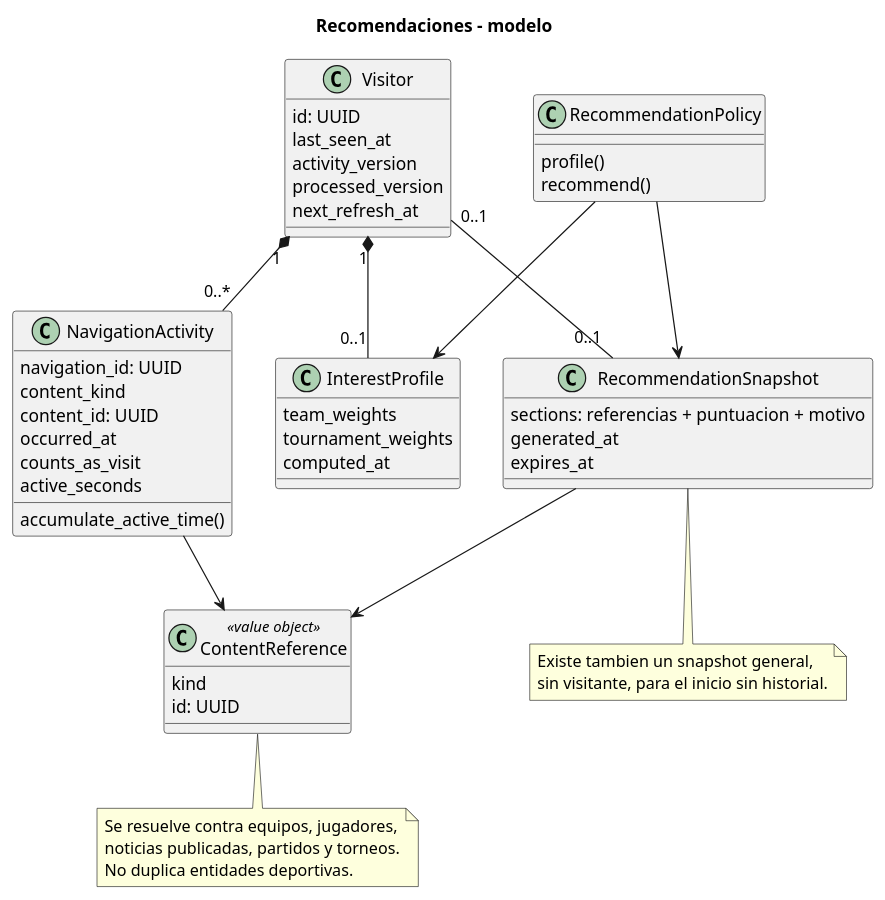
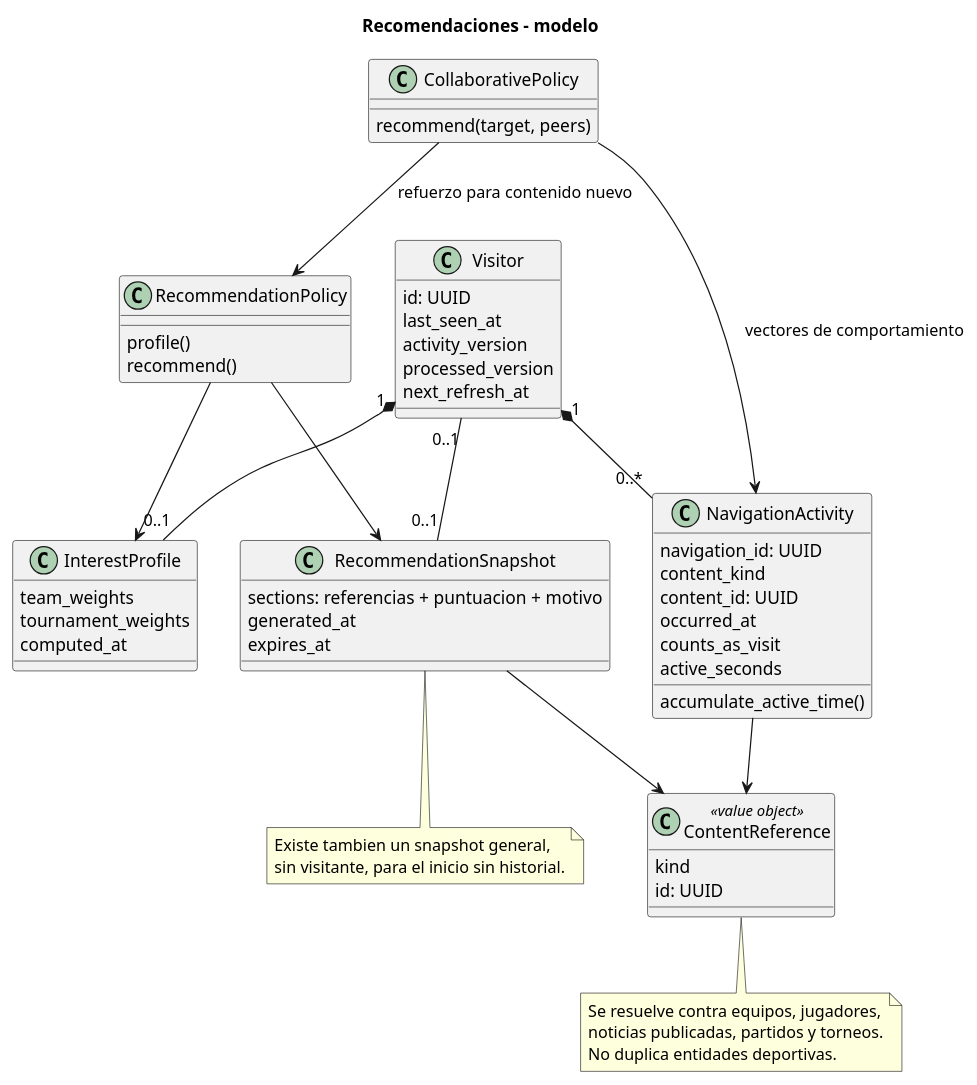
The diagram in docs/diagrams/domain/recommendations.puml (JaredDet/Match-Day), drawn with PlantUML before and after one commit. The commit also changed 15 other files, not shown here.

```diff
--- a/docs/diagrams/domain/recommendations.puml
+++ b/docs/diagrams/domain/recommendations.puml
@@ -1,53 +1,58 @@
 @startuml RecommendationsDomain
 title Recomendaciones - modelo
 class Visitor {
   id: UUID
   last_seen_at
   activity_version
   processed_version
   next_refresh_at
 }
 class NavigationActivity {
   navigation_id: UUID
   content_kind
   content_id: UUID
   occurred_at
   counts_as_visit
   active_seconds
   accumulate_active_time()
 }
 class ContentReference <<value object>> {
   kind
   id: UUID
 }
 class InterestProfile {
   team_weights
   tournament_weights
   computed_at
 }
 class RecommendationSnapshot {
   sections: referencias + puntuacion + motivo
   generated_at
   expires_at
 }
 class RecommendationPolicy {
   profile()
   recommend()
 }
 Visitor "1" *-- "0..*" NavigationActivity
 Visitor "1" *-- "0..1" InterestProfile
 Visitor "0..1" -- "0..1" RecommendationSnapshot
 NavigationActivity --> ContentReference
 RecommendationSnapshot --> ContentReference
 RecommendationPolicy --> InterestProfile
 RecommendationPolicy --> RecommendationSnapshot
 note bottom of ContentReference
   Se resuelve contra equipos, jugadores,
   noticias publicadas, partidos y torneos.
   No duplica entidades deportivas.
 end note
 note bottom of RecommendationSnapshot
   Existe tambien un snapshot general,
   sin visitante, para el inicio sin historial.
 end note
+class CollaborativePolicy {
+  recommend(target, peers)
+}
+CollaborativePolicy --> NavigationActivity : vectores de comportamiento
+CollaborativePolicy --> RecommendationPolicy : refuerzo para contenido nuevo
 @enduml
```
